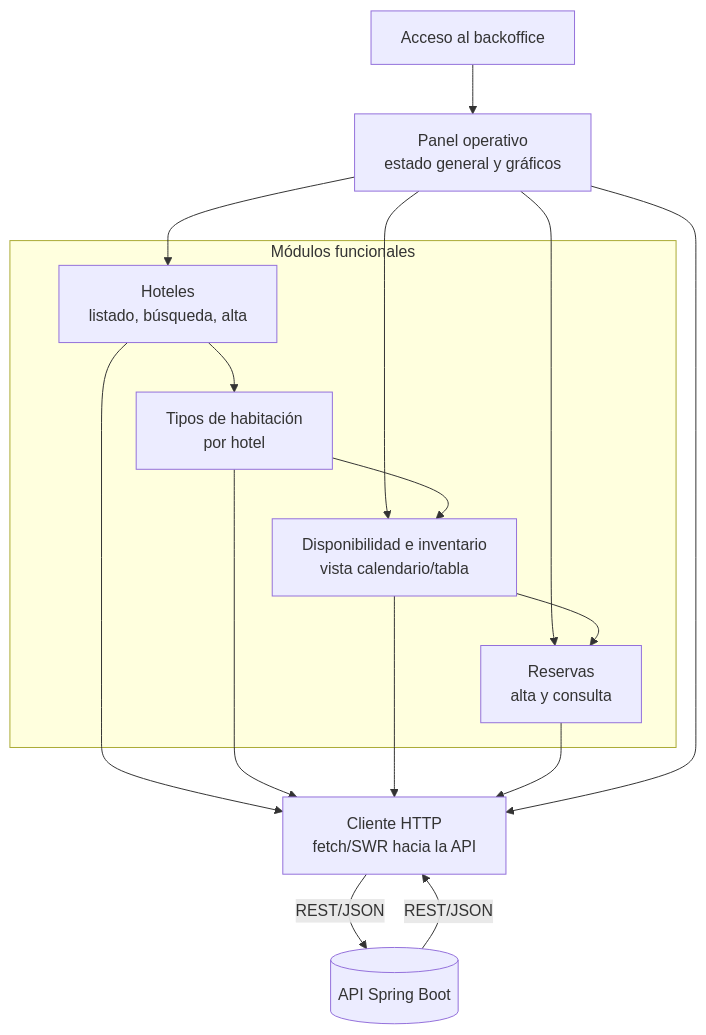
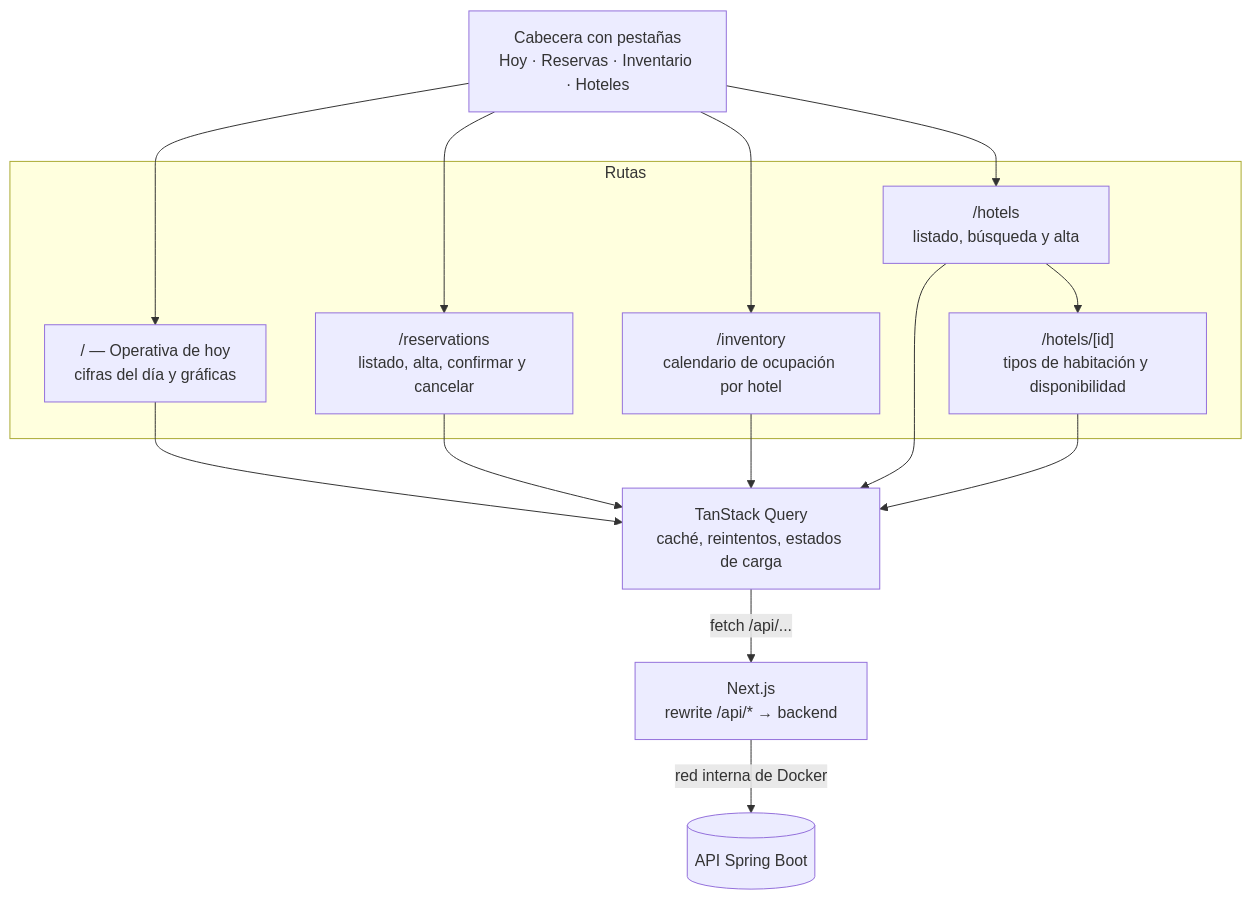
Before and after one commit to abrahammordev/fdsda-altairis-backoffice: the first of 2 diagrams in docs/diagrama-frontend.md, drawn with Mermaid. The commit also changed other lines of this file and 1 other file, not shown here.

Commit message:
docs: update README and frontend diagram

````diff
--- a/docs/diagrama-frontend.md
+++ b/docs/diagrama-frontend.md
@@ -7,33 +7,22 @@
 ```mermaid
 flowchart TD
-    Login[Acceso al backoffice]
-    Dash[Panel operativo<br/>estado general y gráficos]
+    Nav[Cabecera con pestañas<br/>Hoy · Reservas · Inventario · Hoteles]
 
-    subgraph Modulos["Módulos funcionales"]
-        Hoteles[Hoteles<br/>listado, búsqueda, alta]
-        Habitaciones[Tipos de habitación<br/>por hotel]
-        Inventario[Disponibilidad e inventario<br/>vista calendario/tabla]
-        Reservas[Reservas<br/>alta y consulta]
+    subgraph Rutas["Rutas"]
+        Hoy["/ — Operativa de hoy<br/>cifras del día y gráficas"]
+        Res["/reservations<br/>listado, alta, confirmar y cancelar"]
+        Inv["/inventory<br/>calendario de ocupación por hotel"]
+        Hot["/hotels<br/>listado, búsqueda y alta"]
+        Det["/hotels/[id]<br/>tipos de habitación y disponibilidad"]
     end
 
-    Client[Cliente HTTP<br/>fetch/SWR hacia la API]
+    Query[TanStack Query<br/>caché, reintentos, estados de carga]
+    Proxy[Next.js<br/>rewrite /api/* → backend]
     Backend[("API Spring Boot")]
 
-    Login --> Dash
-    Dash --> Hoteles
-    Dash --> Inventario
-    Dash --> Reservas
-
-    Hoteles --> Habitaciones
-    Habitaciones --> Inventario
-    Inventario --> Reservas
-
-    Hoteles --> Client
-    Habitaciones --> Client
-    Inventario --> Client
-    Reservas --> Client
-    Dash --> Client
-
-    Client -->|REST/JSON| Backend
-    Backend -->|REST/JSON| Client
+    Nav --> Hoy & Res & Inv & Hot
+    Hot --> Det
+    Hoy & Res & Inv & Hot & Det --> Query
+    Query -->|fetch /api/...| Proxy
+    Proxy -->|red interna de Docker| Backend
 ```
````
